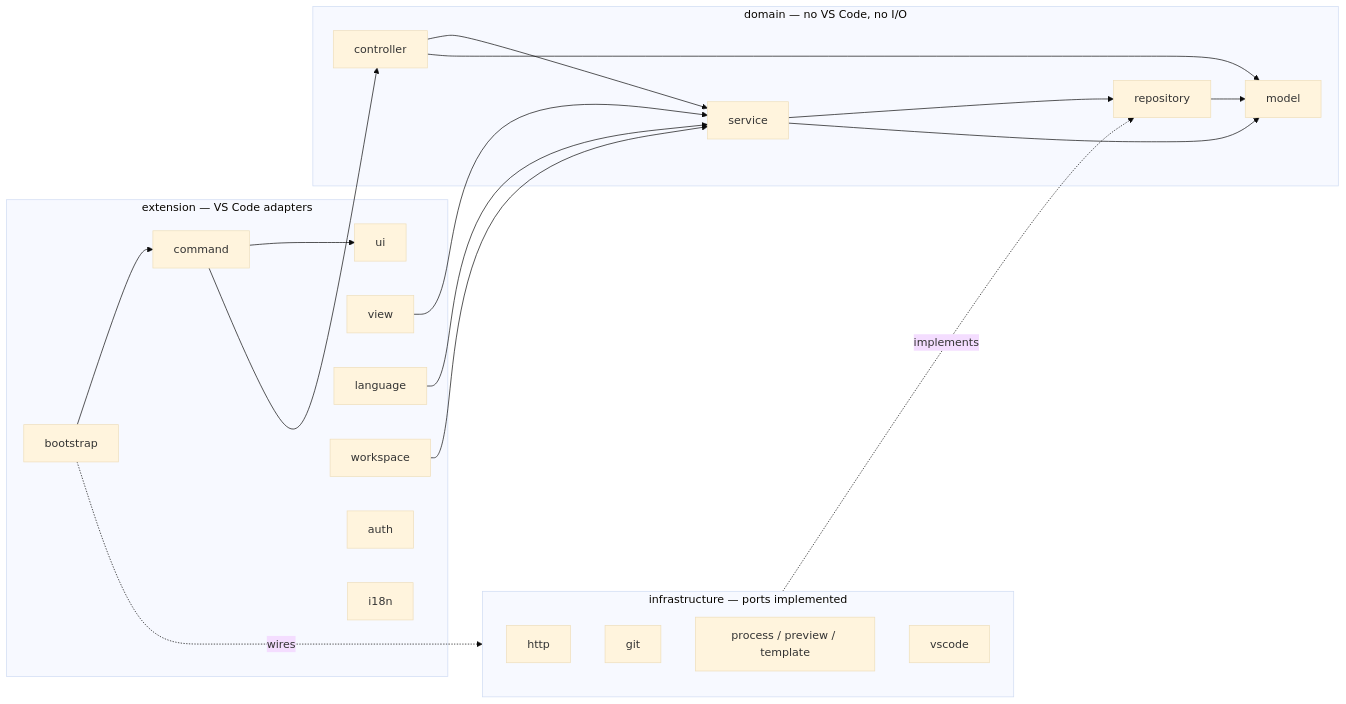
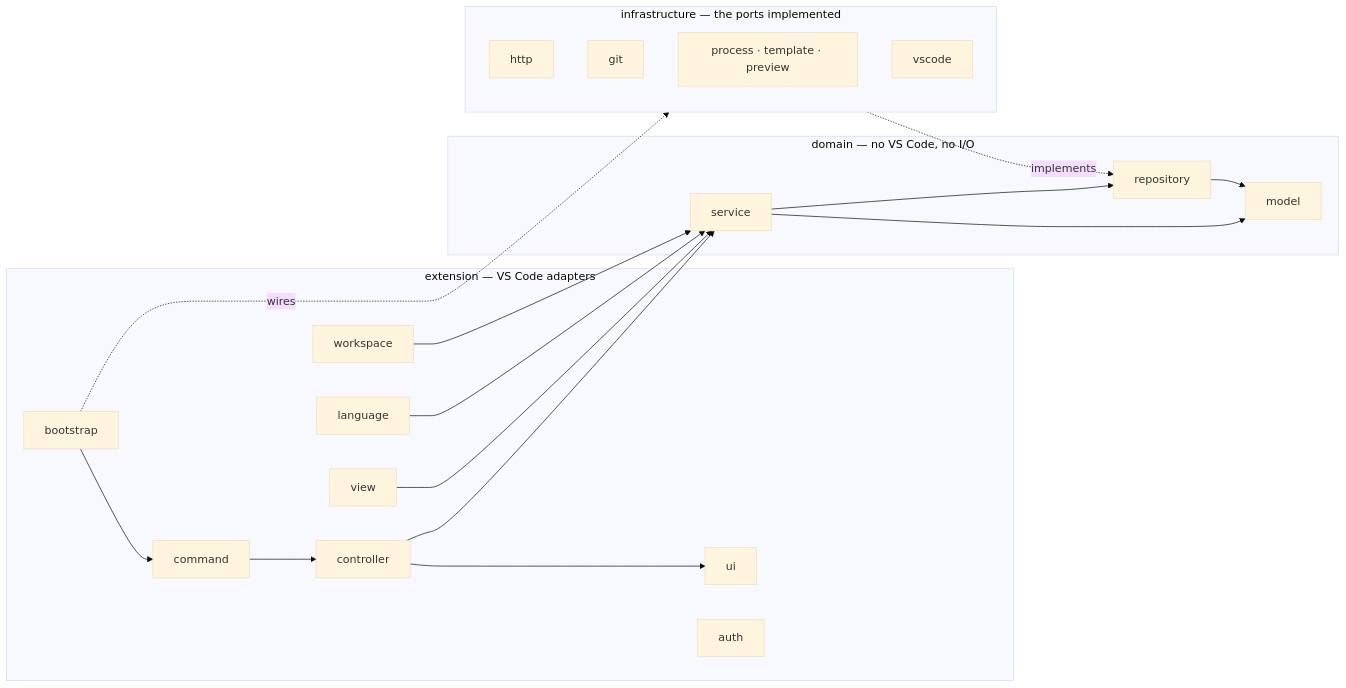
The diagram in STRUCTURE.md (teletypegames/warp-engine-toolbox), drawn with Mermaid (base theme) before and after one commit. The commit also changed other lines of this file, not shown here.

````diff
--- a/STRUCTURE.md
+++ b/STRUCTURE.md
@@ -6,31 +6,29 @@
 ```mermaid
 flowchart LR
   subgraph extension["extension — VS Code adapters"]
     bootstrap --> command
-    command --> ui
+    command --> controller
+    controller --> ui
     view
     language
     workspace
     auth
-    i18n
   end
   subgraph domain["domain — no VS Code, no I/O"]
-    controller --> service
     service --> repository
     service --> model
     repository --> model
-    controller --> model
   end
-  subgraph infrastructure["infrastructure — ports implemented"]
+  subgraph infrastructure["infrastructure — the ports implemented"]
     http
     git
-    fs["process / preview / template"]
+    other["process · template · preview"]
     vscodeImpl["vscode"]
   end
-  command --> controller
+  controller --> service
   view --> service
   language --> service
   workspace --> service
   bootstrap -. wires .-> infrastructure
   infrastructure -. implements .-> repository
 ```
````
